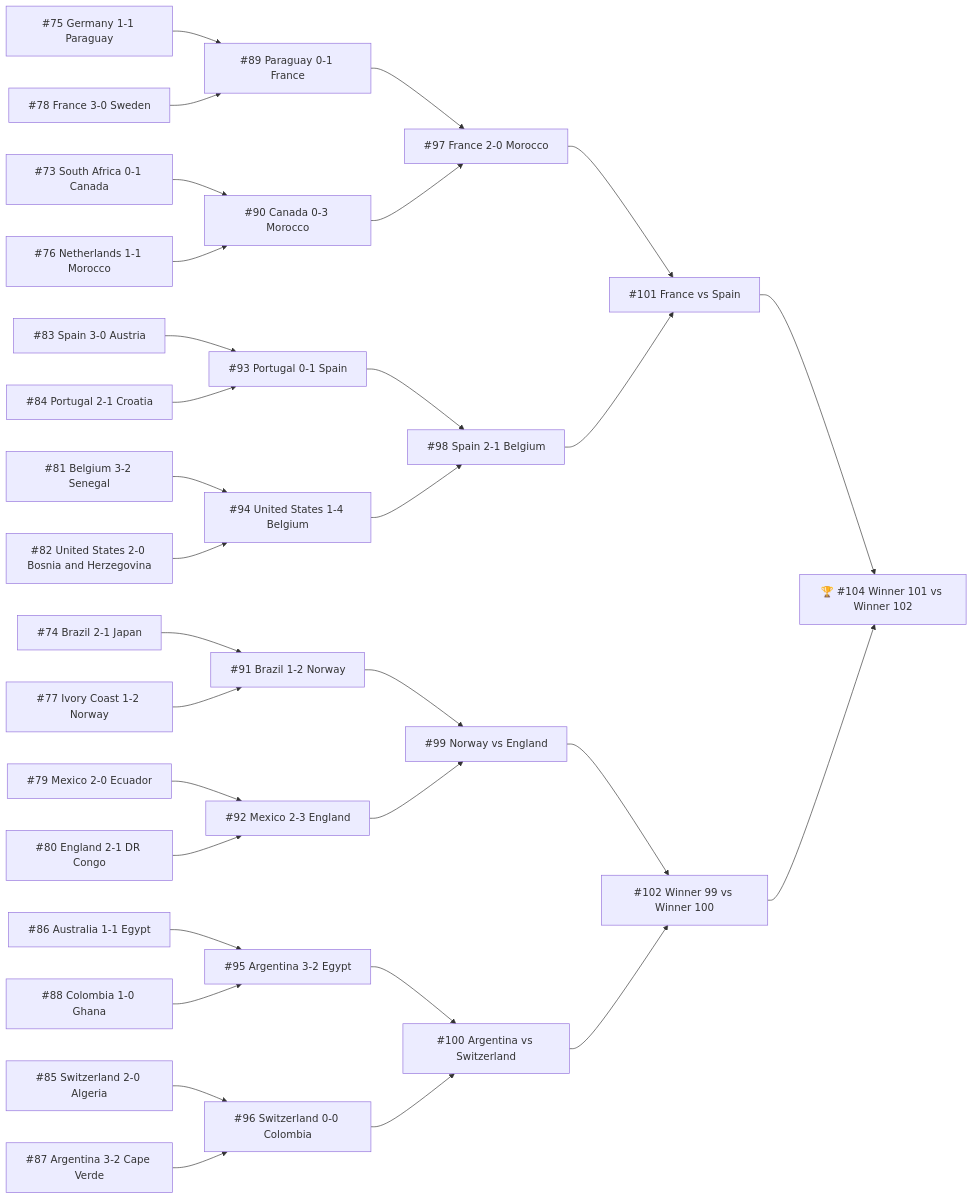
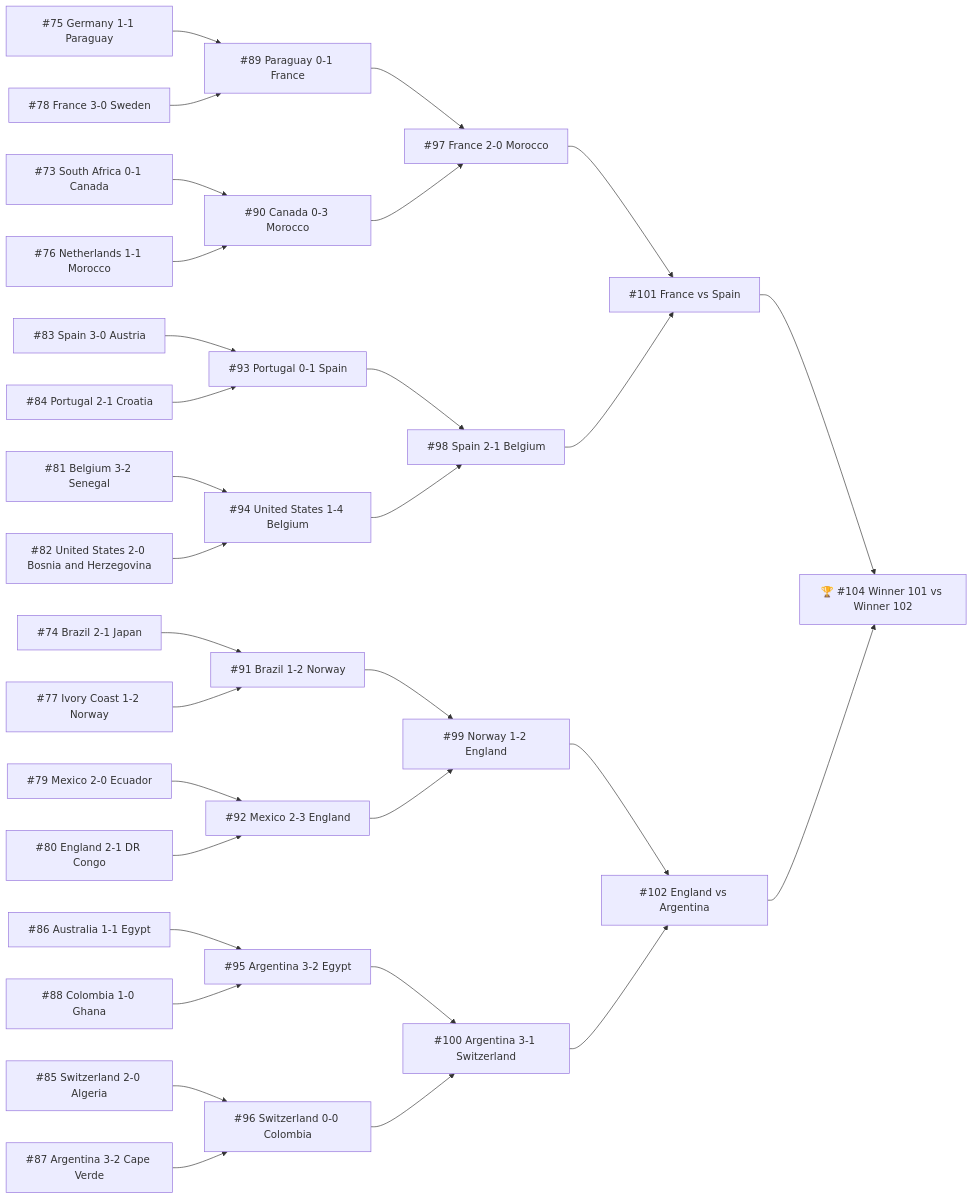
One commit to didiowen/theyears changed the diagram in src/site/notes/Area/Football/World Cup 2026.md. Above: the diagram before and after it, drawn with Mermaid. The commit also changed 3 other files, not shown here.

````diff
--- a/src/site/notes/Area/Football/World Cup 2026.md
+++ b/src/site/notes/Area/Football/World Cup 2026.md
@@ -508,64 +508,64 @@
 ```mermaid
 flowchart LR
   M73["#73 South Africa 0-1 Canada"]
   M74["#74 Brazil 2-1 Japan"]
   M75["#75 Germany 1-1 Paraguay"]
   M76["#76 Netherlands 1-1 Morocco"]
   M77["#77 Ivory Coast 1-2 Norway"]
   M78["#78 France 3-0 Sweden"]
   M79["#79 Mexico 2-0 Ecuador"]
   M80["#80 England 2-1 DR Congo"]
   M81["#81 Belgium 3-2 Senegal"]
   M82["#82 United States 2-0 Bosnia and Herzegovina"]
   M83["#83 Spain 3-0 Austria"]
   M84["#84 Portugal 2-1 Croatia"]
   M85["#85 Switzerland 2-0 Algeria"]
   M86["#86 Australia 1-1 Egypt"]
   M87["#87 Argentina 3-2 Cape Verde"]
   M88["#88 Colombia 1-0 Ghana"]
   M89["#89 Paraguay 0-1 France"]
   M90["#90 Canada 0-3 Morocco"]
   M91["#91 Brazil 1-2 Norway"]
   M92["#92 Mexico 2-3 England"]
   M93["#93 Portugal 0-1 Spain"]
   M94["#94 United States 1-4 Belgium"]
   M95["#95 Argentina 3-2 Egypt"]
   M96["#96 Switzerland 0-0 Colombia"]
   M97["#97 France 2-0 Morocco"]
   M98["#98 Spain 2-1 Belgium"]
-  M99["#99 Norway vs England"]
-  M100["#100 Argentina vs Switzerland"]
+  M99["#99 Norway 1-2 England"]
+  M100["#100 Argentina 3-1 Switzerland"]
   M101["#101 France vs Spain"]
-  M102["#102 Winner 99 vs Winner 100"]
+  M102["#102 England vs Argentina"]
   M104["🏆 #104 Winner 101 vs Winner 102"]
   M75 --> M89
   M78 --> M89
   M73 --> M90
   M76 --> M90
   M74 --> M91
   M77 --> M91
   M79 --> M92
   M80 --> M92
   M83 --> M93
   M84 --> M93
   M81 --> M94
   M82 --> M94
   M86 --> M95
   M88 --> M95
   M85 --> M96
   M87 --> M96
   M89 --> M97
   M90 --> M97
   M93 --> M98
   M94 --> M98
   M91 --> M99
   M92 --> M99
   M95 --> M100
   M96 --> M100
   M97 --> M101
   M98 --> M101
   M99 --> M102
   M100 --> M102
   M101 --> M104
   M102 --> M104
 ```
````
